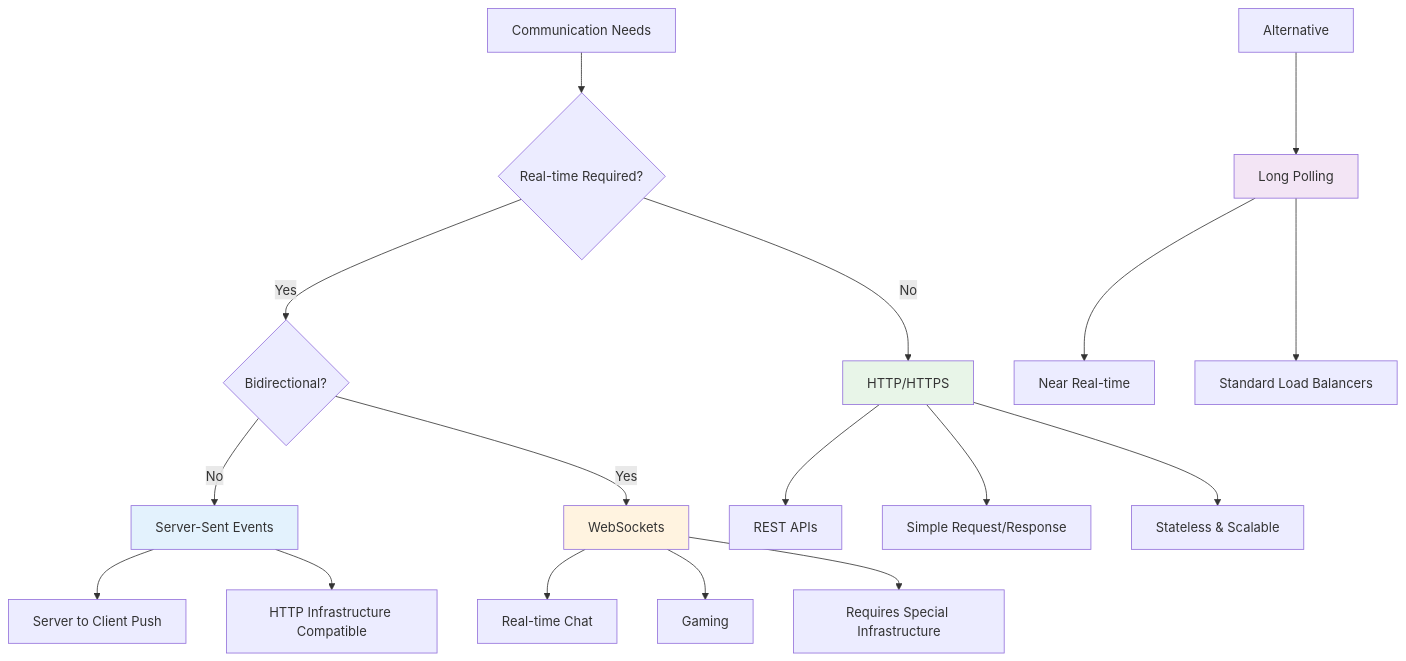
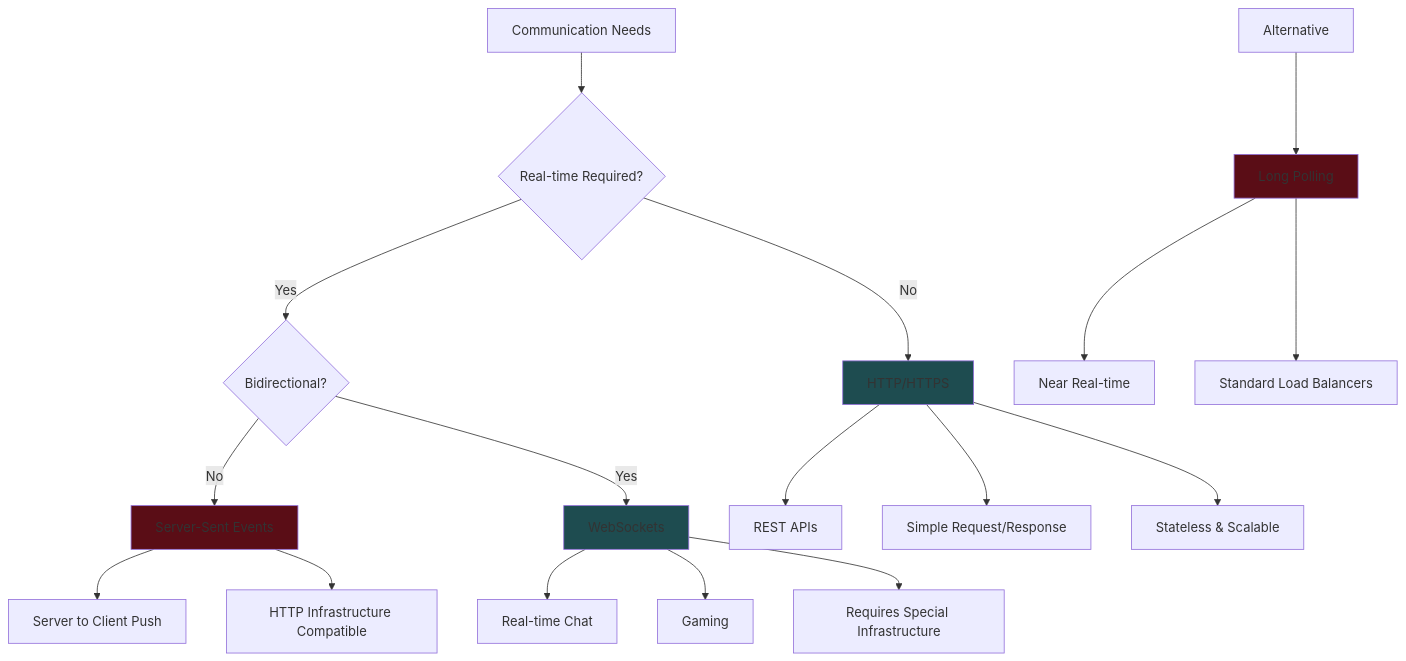
Before and after one commit to ahmedrzakhan/system-design-notes: diagram 12 of 21 in fundamentals/core_concepts.md, drawn with Mermaid. The commit also changed other lines of this file, not shown here.

````diff
--- a/fundamentals/core_concepts.md
+++ b/fundamentals/core_concepts.md
@@ -306,31 +306,31 @@
 ```mermaid
 graph TD
     A[Communication Needs] --> B{Real-time Required?}
 
     B -->|No| C[HTTP/HTTPS]
     B -->|Yes| D{Bidirectional?}
 
     D -->|No| E[Server-Sent Events]
     D -->|Yes| F[WebSockets]
 
     G[Alternative] --> H[Long Polling]
 
     C --> C1[REST APIs]
     C --> C2[Simple Request/Response]
     C --> C3[Stateless & Scalable]
 
     E --> E1[Server to Client Push]
     E --> E2[HTTP Infrastructure Compatible]
 
     F --> F1[Real-time Chat]
     F --> F2[Gaming]
     F --> F3[Requires Special Infrastructure]
 
     H --> H1[Near Real-time]
     H --> H2[Standard Load Balancers]
 
-    style C fill:#e8f5e8
-    style E fill:#e3f2fd
-    style F fill:#fff3e0
-    style H fill:#f3e5f5
+    style C fill:#1E4C50
+    style E fill:#5A0D16
+    style F fill:#1E4C50
+    style H fill:#5A0D16
 ```
````
